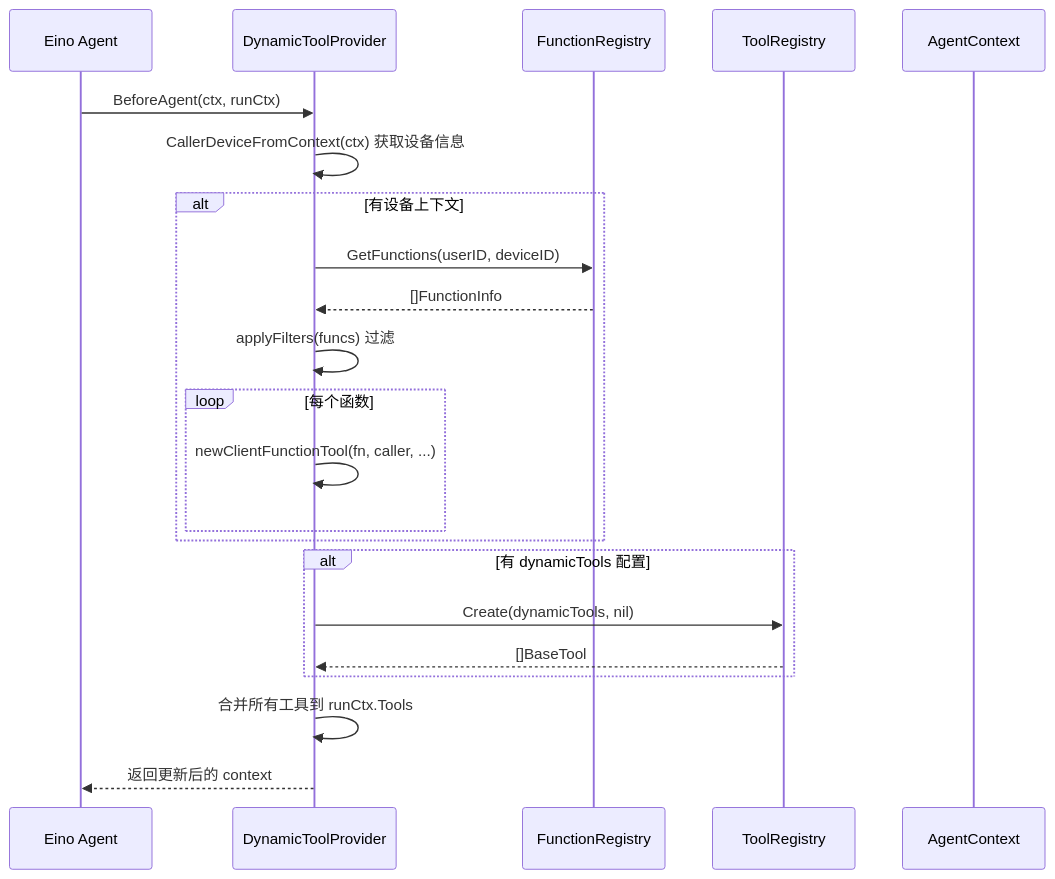
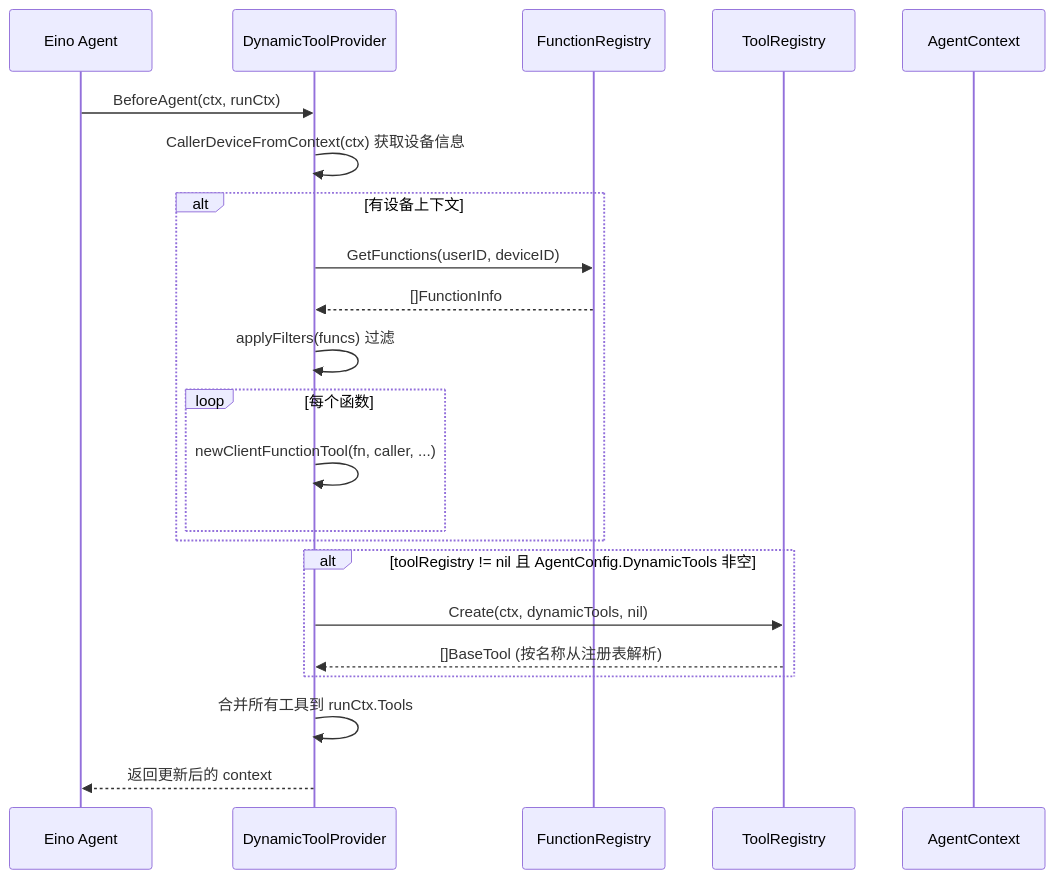
One commit to PineappleBond/xyncra-server changed the fourth of 10 diagrams in wiki/flows/function-registry.md. Above: the diagram before and after it, drawn with Mermaid. The commit also changed other lines of this file and 21 other files, not shown here.

Commit message:
docs(wiki): add edge cases and fix inaccuracies across all flow documents

````diff
--- a/wiki/flows/function-registry.md
+++ b/wiki/flows/function-registry.md
@@ -181,28 +184,28 @@
 ```mermaid
 sequenceDiagram
     participant Agent as Eino Agent
     participant DTP as DynamicToolProvider
     participant FR as FunctionRegistry
     participant TR as ToolRegistry
     participant CTX as AgentContext
 
     Agent->>DTP: BeforeAgent(ctx, runCtx)
     DTP->>DTP: CallerDeviceFromContext(ctx) 获取设备信息
 
     alt 有设备上下文
         DTP->>FR: GetFunctions(userID, deviceID)
         FR-->>DTP: []FunctionInfo
         DTP->>DTP: applyFilters(funcs) 过滤
         loop 每个函数
             DTP->>DTP: newClientFunctionTool(fn, caller, ...)
         end
     end
 
-    alt 有 dynamicTools 配置
-        DTP->>TR: Create(dynamicTools, nil)
-        TR-->>DTP: []BaseTool
+    alt toolRegistry != nil 且 AgentConfig.DynamicTools 非空
+        DTP->>TR: Create(ctx, dynamicTools, nil)
+        TR-->>DTP: []BaseTool (按名称从注册表解析)
     end
 
     DTP->>DTP: 合并所有工具到 runCtx.Tools
     DTP-->>Agent: 返回更新后的 context
 ```
````
